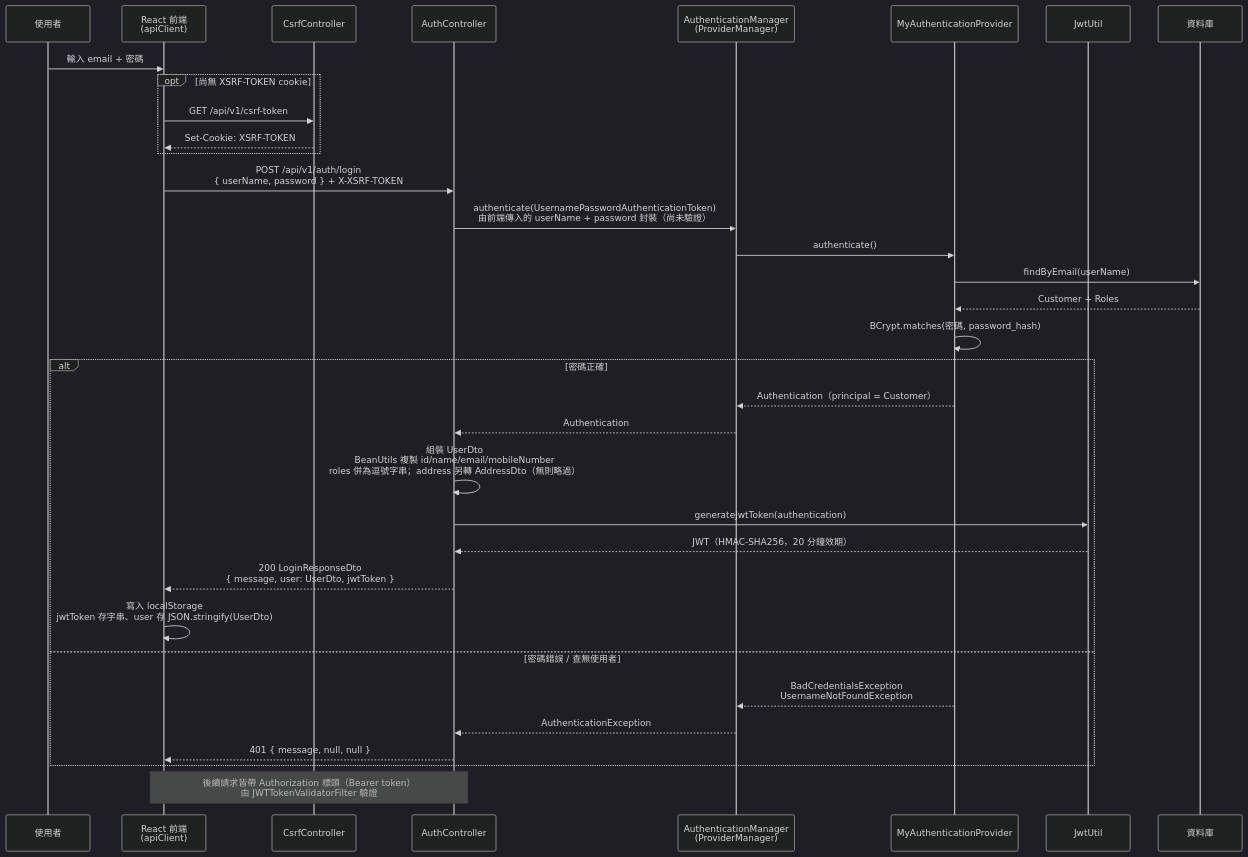
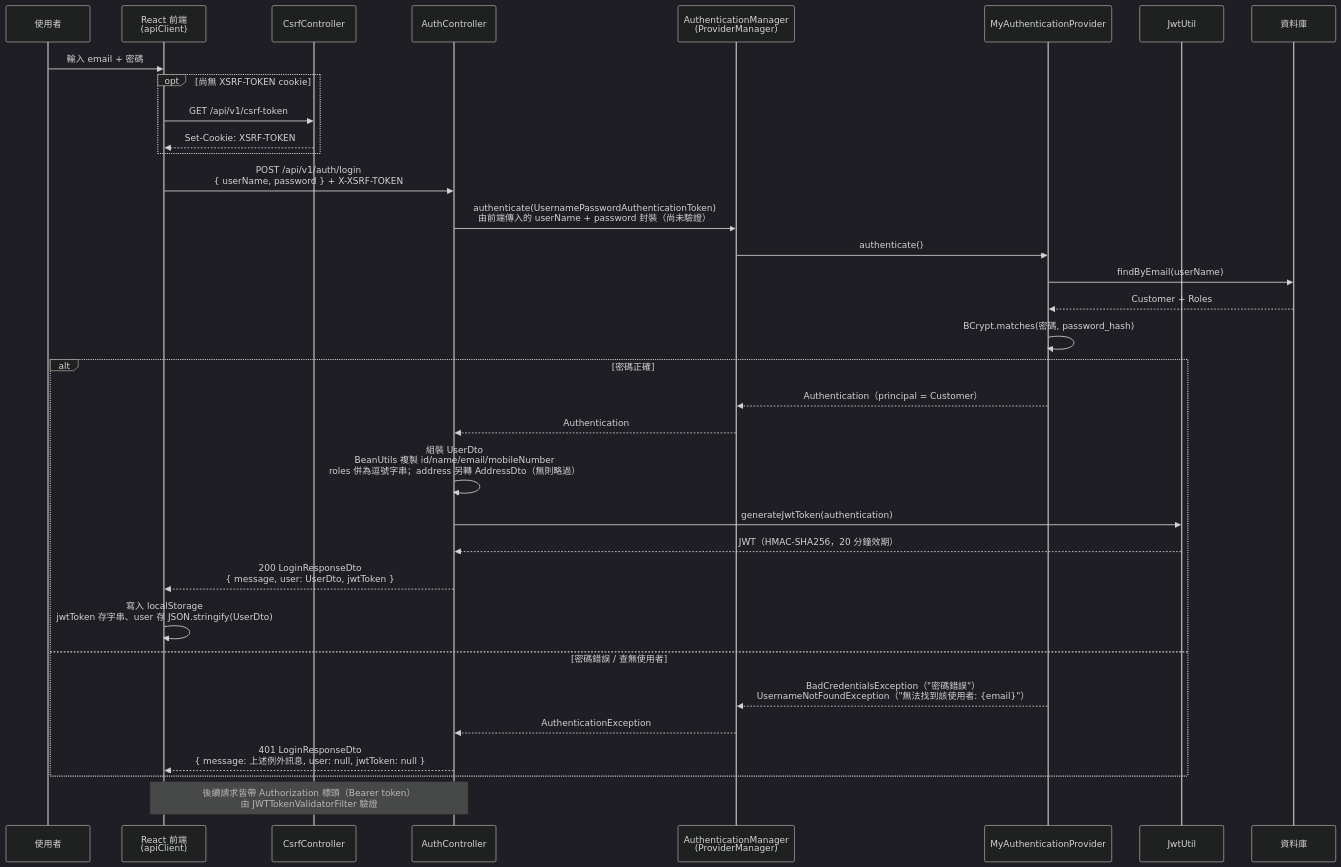
One commit to tonysk0210/react-springboot-webapp changed the second of 6 diagrams in README.md. Above: the diagram before and after it, drawn with Mermaid (dark theme). The commit also changed other lines of this file, not shown here.

````diff
--- a/README.md
+++ b/README.md
@@ -113,38 +113,38 @@
 ```mermaid
 sequenceDiagram
     participant U as 使用者
     participant F as React 前端<br/>(apiClient)
     participant C as CsrfController
     participant A as AuthController
     participant M as AuthenticationManager<br/>(ProviderManager)
     participant P as MyAuthenticationProvider
     participant J as JwtUtil
     participant DB as 資料庫
 
     U->>F: 輸入 email + 密碼
     opt 尚無 XSRF-TOKEN cookie
         F->>C: GET /api/v1/csrf-token
         C-->>F: Set-Cookie: XSRF-TOKEN
     end
     F->>A: POST /api/v1/auth/login<br/>{ userName, password } + X-XSRF-TOKEN
     A->>M: authenticate(UsernamePasswordAuthenticationToken)<br/>由前端傳入的 userName + password 封裝（尚未驗證）
     M->>P: authenticate()
     P->>DB: findByEmail(userName)
     DB-->>P: Customer + Roles
     P->>P: BCrypt.matches(密碼, password_hash)
     alt 密碼正確
         P-->>M: Authentication（principal = Customer）
         M-->>A: Authentication
         A->>A: 組裝 UserDto<br/>BeanUtils 複製 id/name/email/mobileNumber<br/>roles 併為逗號字串；address 另轉 AddressDto（無則略過）
         A->>J: generateJwtToken(authentication)
         J-->>A: JWT（HMAC-SHA256，20 分鐘效期）
         A-->>F: 200 LoginResponseDto<br/>{ message, user: UserDto, jwtToken }
         F->>F: 寫入 localStorage<br/>jwtToken 存字串、user 存 JSON.stringify(UserDto)
     else 密碼錯誤 / 查無使用者
-        P-->>M: BadCredentialsException<br/>UsernameNotFoundException
+        P-->>M: BadCredentialsException（"密碼錯誤"）<br/>UsernameNotFoundException（"無法找到該使用者: {email}"）
         M-->>A: AuthenticationException
-        A-->>F: 401 { message, null, null }
+        A-->>F: 401 LoginResponseDto<br/>{ message: 上述例外訊息, user: null, jwtToken: null }
     end
 
     Note over F,A: 後續請求皆帶 Authorization 標頭（Bearer token）<br/>由 JWTTokenValidatorFilter 驗證
 ```
````
